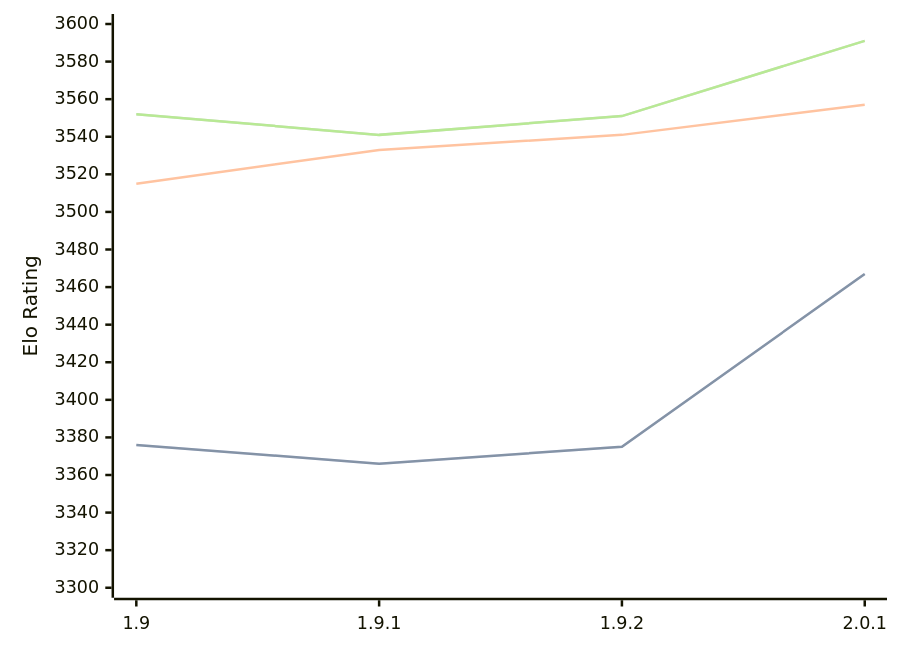
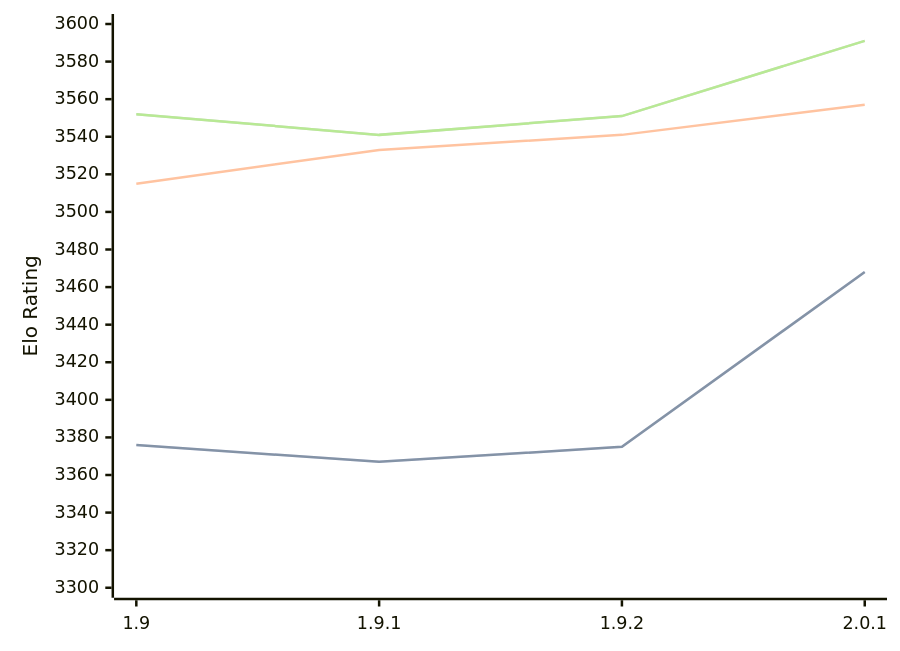
Before and after one commit to computer-chess-index/cci: the diagram in engines/Pawnocchio.md, drawn with Mermaid. The commit also changed other lines of this file, not shown here.

````diff
--- a/engines/Pawnocchio.md
+++ b/engines/Pawnocchio.md
@@ -36,11 +36,11 @@
 ```mermaid
 %%{init: {"theme":"base","themeVariables":{"seriesColors:['#a3a3a3','#222221','#faa371']}}}%%
 xychart-beta
   x-axis ["1.9", "1.9.1", "1.9.2", "2.0.1"]
   y-axis "Elo Rating" 3300 --> 3600
-  line "" [3376, 3366, 3375, 3467]
-  line "STC (8.0+0.08s)" [3376, 3366, 3375, 3467]
+  line "" [3376, 3367, 3375, 3468]
+  line "STC (8.0+0.08s)" [3376, 3367, 3375, 3468]
   line "LTC (60.0+0.60s)" [3515, 3533, 3541, 3557]
   line "" [3552, 3541, 3551, 3591]
   line "VLTC (2m24s+1.12s)" [3552, 3541, 3551, 3591]
 ```
````
